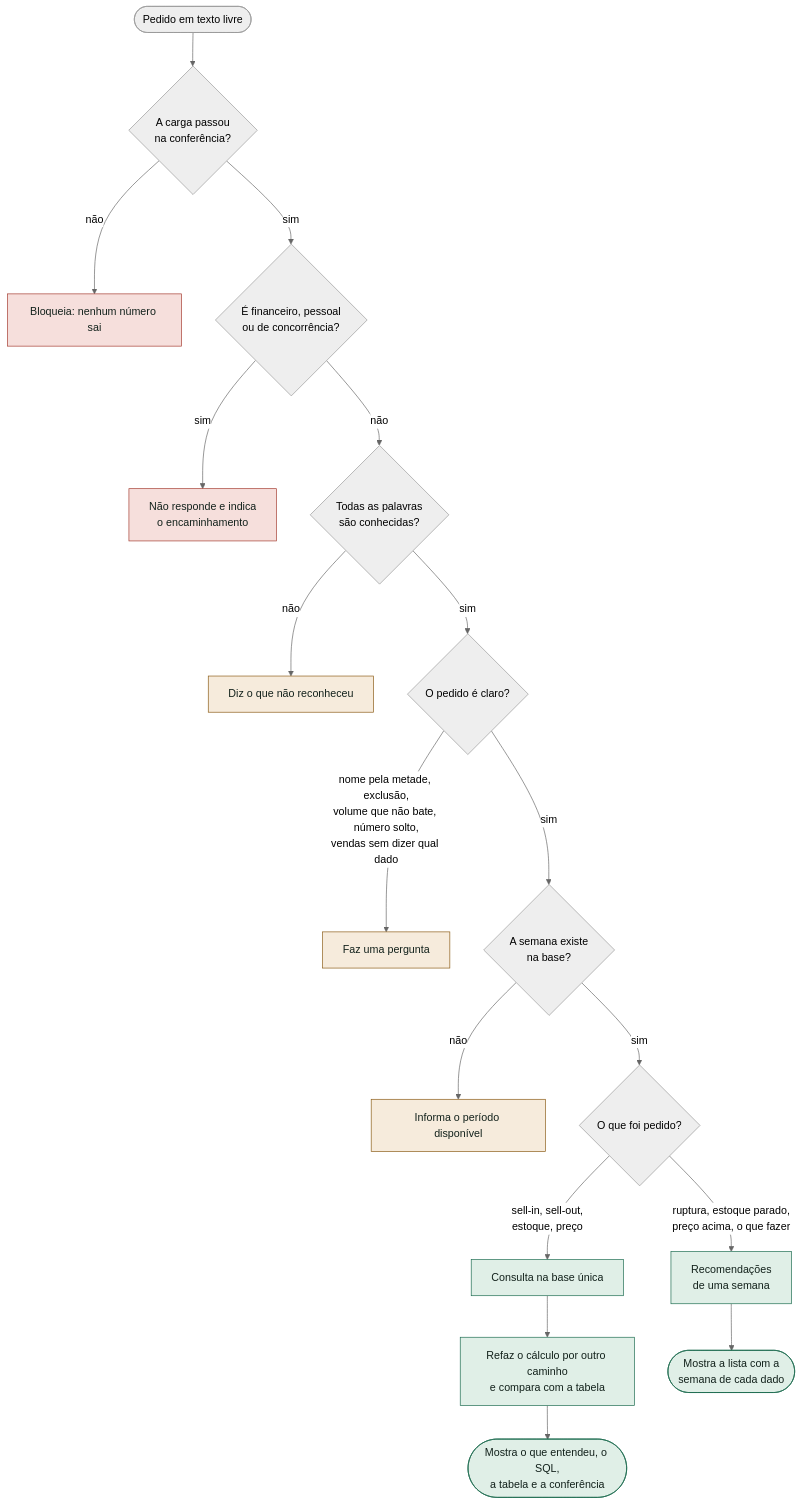
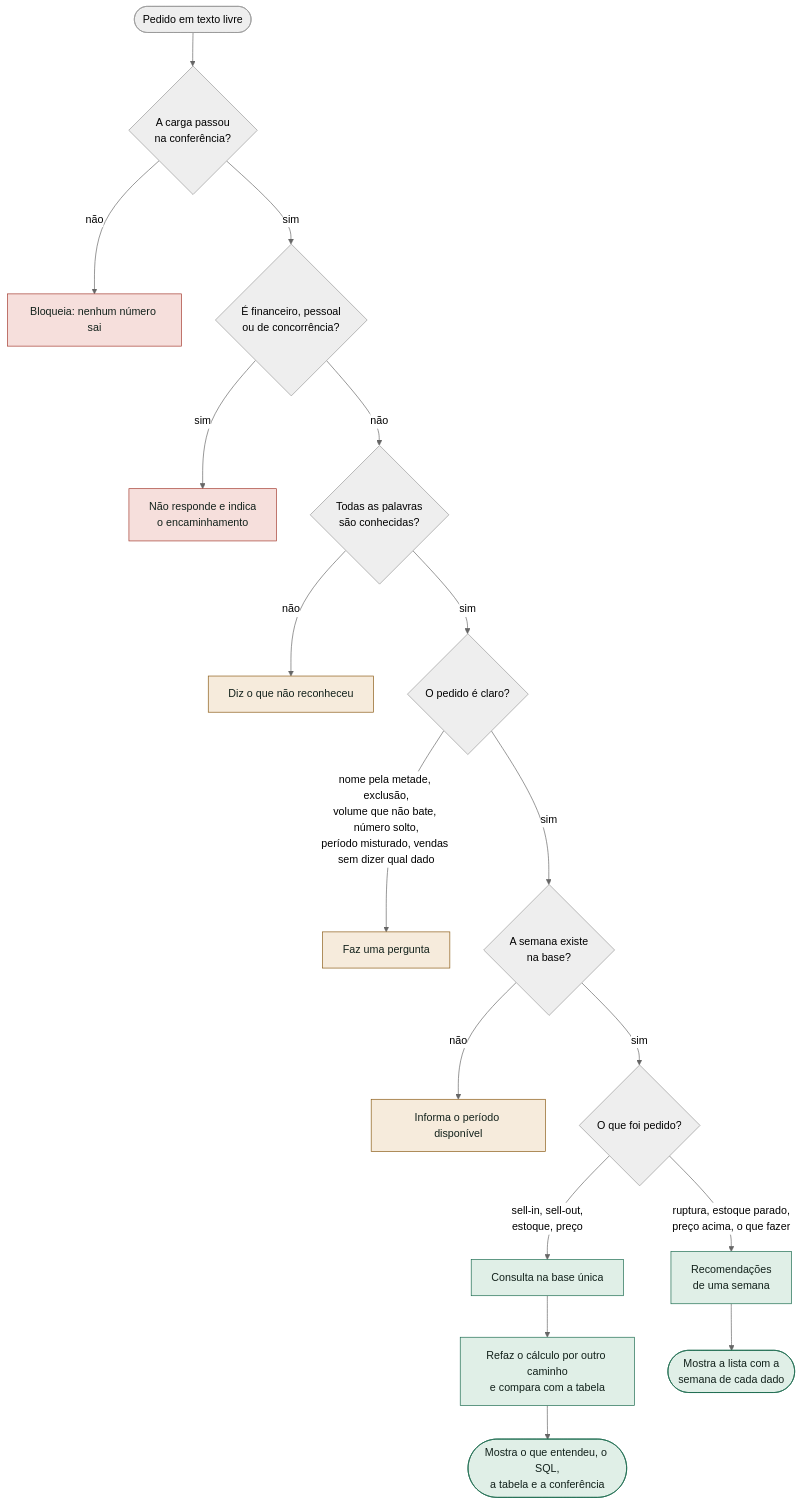
The second of 4 diagrams in README.md (diaquinodev/teia-de-dados), drawn with Mermaid (neutral theme) before and after one commit. The commit also changed other lines of this file and 4 other files, not shown here.

Commit message:
fix(agente): aplicar revisão do CodeRabbit em volume, período e mutantes

````diff
--- a/README.md
+++ b/README.md
@@ -48,23 +48,23 @@
 ```mermaid
 flowchart TD
     P([Pedido em texto livre]) --> B{A carga passou<br/>na conferência?}
     B -- não --> X1[Bloqueia: nenhum número sai]:::para
     B -- sim --> F{É financeiro, pessoal<br/>ou de concorrência?}
     F -- sim --> X2[Não responde e indica<br/>o encaminhamento]:::para
     F -- não --> D{Todas as palavras<br/>são conhecidas?}
     D -- não --> X3[Diz o que não reconheceu]:::pergunta
     D -- sim --> A{O pedido é claro?}
-    A -- "nome pela metade, exclusão,<br/>volume que não bate, número solto,<br/>vendas sem dizer qual dado" --> X4[Faz uma pergunta]:::pergunta
+    A -- "nome pela metade, exclusão,<br/>volume que não bate, número solto,<br/>período misturado, vendas sem dizer qual dado" --> X4[Faz uma pergunta]:::pergunta
     A -- sim --> S{A semana existe<br/>na base?}
     S -- não --> X5[Informa o período disponível]:::pergunta
     S -- sim --> T{O que foi pedido?}
     T -- "ruptura, estoque parado,<br/>preço acima, o que fazer" --> R[Recomendações<br/>de uma semana]:::ok
     T -- "sell-in, sell-out,<br/>estoque, preço" --> C[Consulta na base única]:::ok
     C --> V[Refaz o cálculo por outro caminho<br/>e compara com a tabela]:::ok
     V --> M([Mostra o que entendeu, o SQL,<br/>a tabela e a conferência]):::ok
     R --> M2([Mostra a lista com a<br/>semana de cada dado]):::ok
 
     classDef ok fill:#e0efe7,stroke:#1b6b4f,color:#12211b
     classDef pergunta fill:#f6ebdc,stroke:#8a5a14,color:#12211b
     classDef para fill:#f6dfdc,stroke:#a33a2e,color:#12211b
 ```
````
